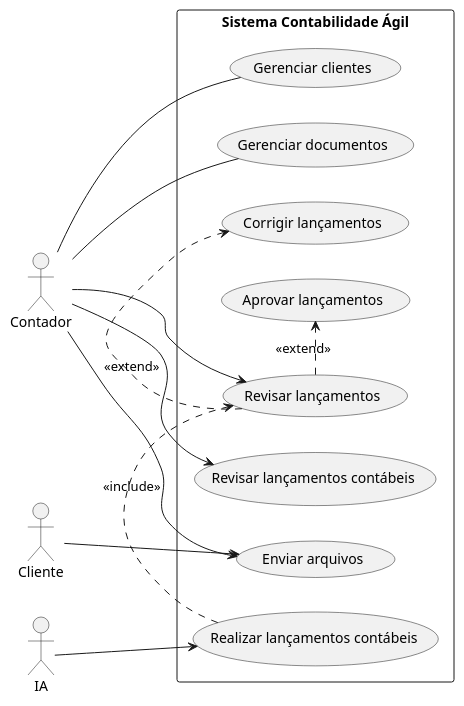
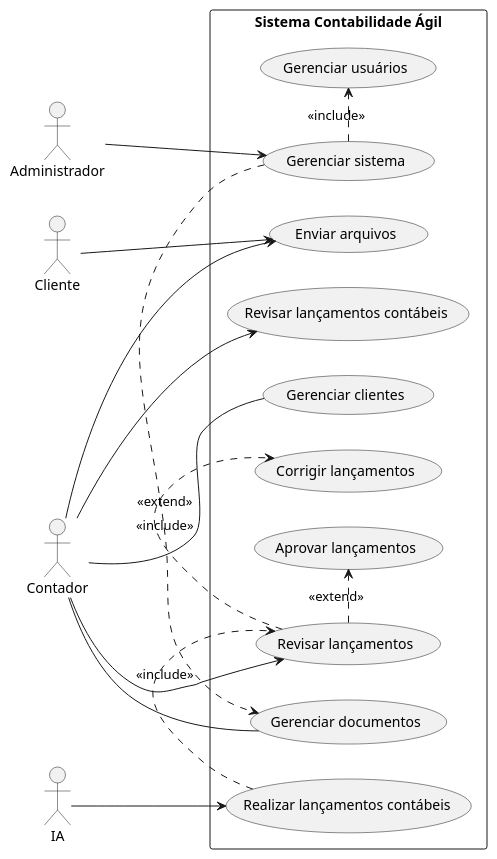
The diagram in docs/diagramas/caso-de-uso.puml (Engenharia-de-Software-Fatec/eng-softII-2026), drawn with PlantUML before and after one commit.

Commit message:
Add actors and include relationships in use case diagram

```diff
--- a/docs/diagramas/caso-de-uso.puml
+++ b/docs/diagramas/caso-de-uso.puml
@@ -1,26 +1,33 @@
 @startuml
 left to right direction
 
+actor Administrador
 actor Cliente
 actor Contador
 actor IA
 
 rectangle "Sistema Contabilidade Ágil" {
+
+  Administrador --> (Gerenciar sistema)
 
   Cliente --> (Enviar arquivos)
 
   Contador --> (Enviar arquivos)
   Contador --> (Revisar lançamentos contábeis)
   Contador --> (Revisar lançamentos)
   Contador -- (Gerenciar clientes)
   Contador -- (Gerenciar documentos)
 
   IA --> (Realizar lançamentos contábeis)
 
   (Revisar lançamentos) .> (Aprovar lançamentos) : <<extend>>
   (Revisar lançamentos) .> (Corrigir lançamentos) : <<extend>>
 
   (Realizar lançamentos contábeis) .> (Revisar lançamentos) : <<include>>
+
+  (Gerenciar sistema) .> (Gerenciar usuários) : <<include>>
+  (Gerenciar sistema) .> (Gerenciar documentos) : <<include>>
+
 }
 
 @enduml
```
